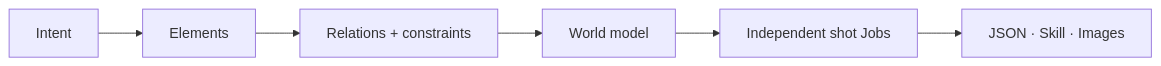
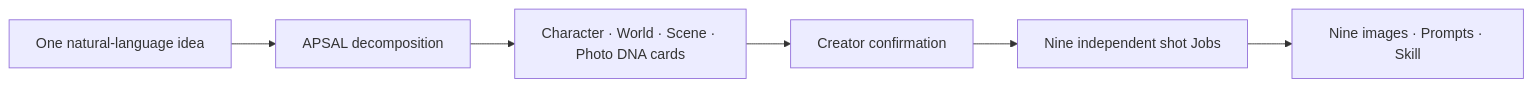
One commit to henyjone/apsal-open changed the diagram in README.md. Above: the diagram before and after it, drawn with Mermaid. The commit also changed other lines of this file and 38 other files, not shown here.

Commit message:
Release APSAL Studio 0.4 natural-language authoring

````diff
--- a/README.md
+++ b/README.md
@@ -37,8 +37,8 @@
 ```mermaid
 flowchart LR
-    A["Intent"] --> B["Elements"]
-    B --> C["Relations + constraints"]
-    C --> D["World model"]
-    D --> E["Independent shot Jobs"]
-    E --> F["JSON · Skill · Images"]
+    A["One natural-language idea"] --> B["APSAL decomposition"]
+    B --> C["Character · World · Scene · Photo DNA cards"]
+    C --> D["Creator confirmation"]
+    D --> E["Nine independent shot Jobs"]
+    E --> F["Nine images · Prompts · Skill"]
 ```
````
